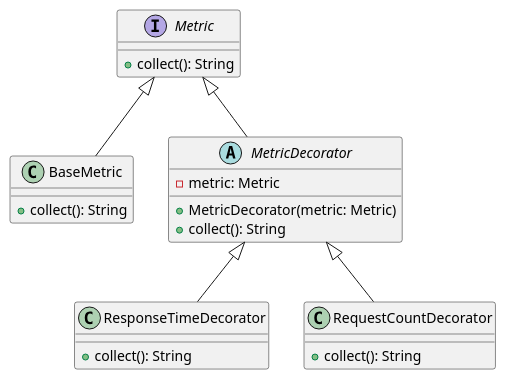
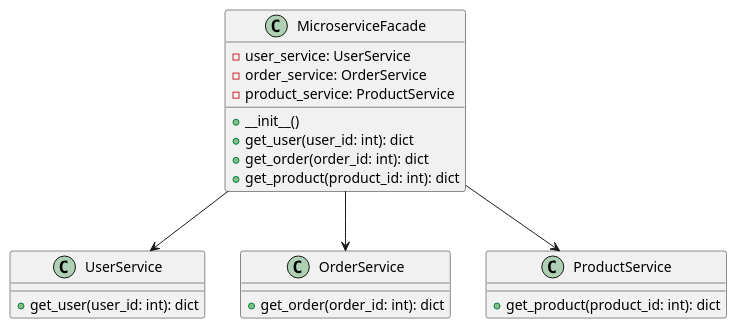
Before and after one commit to andrewovchinnikov/design-patterns: the diagram in klassifikaciya-patternov/structural-patterns/fasad-facade/primery/uproshenie-raboty-s-mikroservisami/python.md, drawn with PlantUML. The commit also changed other lines of this file and 1 other file, not shown here.

````diff
--- a/klassifikaciya-patternov/structural-patterns/fasad-facade/primery/uproshenie-raboty-s-mikroservisami/python.md
+++ b/klassifikaciya-patternov/structural-patterns/fasad-facade/primery/uproshenie-raboty-s-mikroservisami/python.md
@@ -89,30 +97,31 @@
 ```plantuml
 @startuml
-interface Metric {
-    +collect(): String
+
+class UserService {
+    +get_user(user_id: int): dict
 }
 
-class BaseMetric {
-    +collect(): String
+class OrderService {
+    +get_order(order_id: int): dict
 }
 
-abstract class MetricDecorator {
-    -metric: Metric
-    +MetricDecorator(metric: Metric)
-    +collect(): String
+class ProductService {
+    +get_product(product_id: int): dict
 }
 
-class ResponseTimeDecorator {
-    +collect(): String
+class MicroserviceFacade {
+    -user_service: UserService
+    -order_service: OrderService
+    -product_service: ProductService
+    +__init__()
+    +get_user(user_id: int): dict
+    +get_order(order_id: int): dict
+    +get_product(product_id: int): dict
 }
 
-class RequestCountDecorator {
-    +collect(): String
-}
+MicroserviceFacade --> UserService
+MicroserviceFacade --> OrderService
+MicroserviceFacade --> ProductService
 
-Metric <|-- BaseMetric
-Metric <|-- MetricDecorator
-MetricDecorator <|-- ResponseTimeDecorator
-MetricDecorator <|-- RequestCountDecorator
 @enduml
 ```
````
